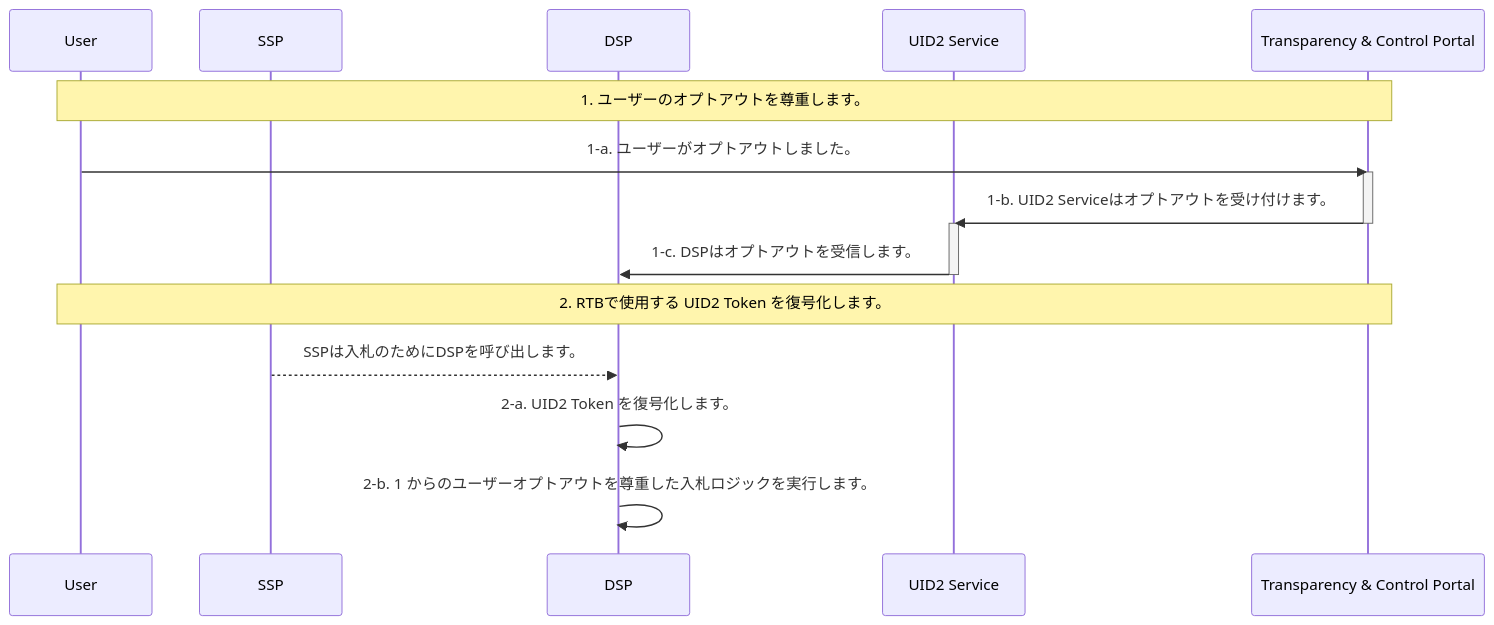
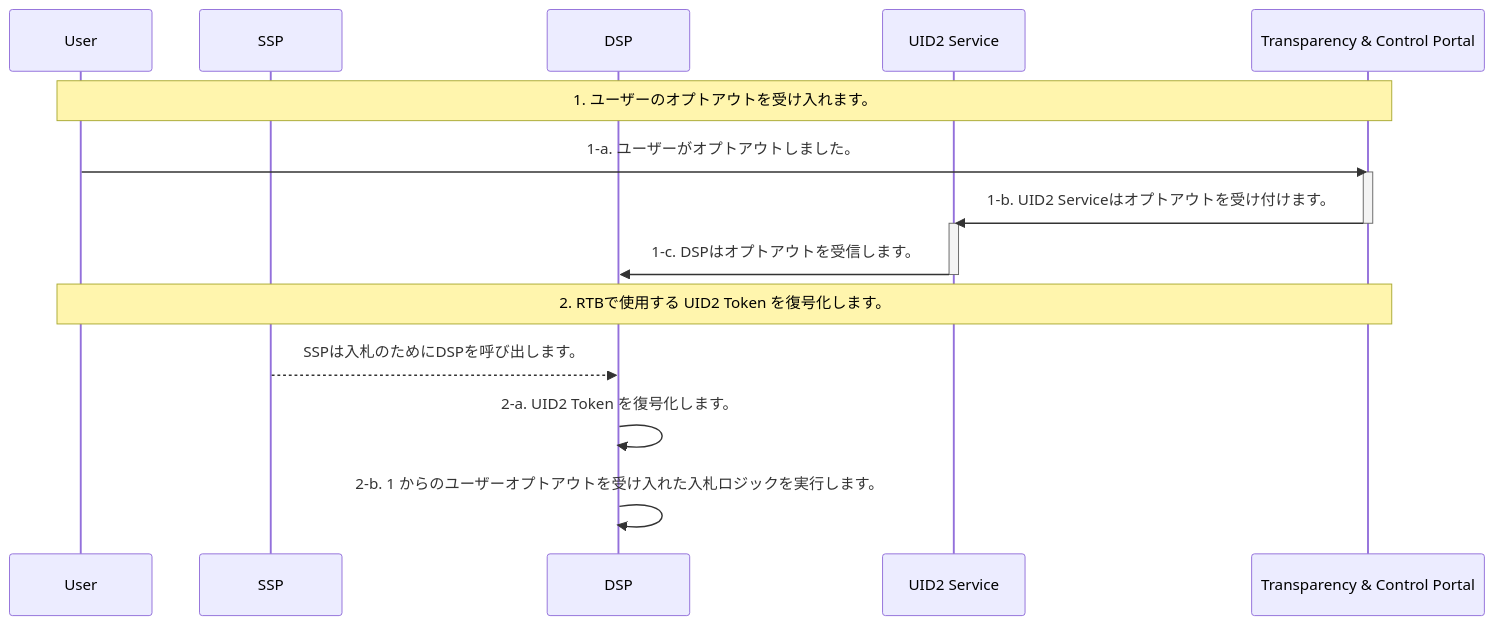
Before and after one commit to IABTechLab/uid2docs: the first of 2 diagrams in api-ja/v2/guides/dsp-guide.md, drawn with Mermaid. The commit also changed other lines of this file and 4 other files, not shown here.

````diff
--- a/api-ja/v2/guides/dsp-guide.md
+++ b/api-ja/v2/guides/dsp-guide.md
@@ -19,20 +19,20 @@
 ```mermaid
 sequenceDiagram
   participant U as User
   participant SSP
   participant DSP
   participant UID2 as UID2 Service
   participant TC as Transparency & Control Portal
-  Note over U,TC: 1. ユーザーのオプトアウトを尊重します。
+  Note over U,TC: 1. ユーザーのオプトアウトを受け入れます。
   U->>TC: 1-a. ユーザーがオプトアウトしました。
   activate TC
   TC->>UID2: 1-b. UID2 Serviceはオプトアウトを受け付けます。
   deactivate TC
   activate UID2
   UID2->>DSP: 1-c. DSPはオプトアウトを受信します。
   deactivate UID2
   Note over U,TC: 2. RTBで使用する UID2 Token を復号化します。
   SSP-->>DSP: SSPは入札のためにDSPを呼び出します。
   DSP->>DSP: 2-a. UID2 Token を復号化します。
-  DSP->>DSP: 2-b. 1 からのユーザーオプトアウトを尊重した入札ロジックを実行します。
+  DSP->>DSP: 2-b. 1 からのユーザーオプトアウトを受け入れた入札ロジックを実行します。
 ```
````
